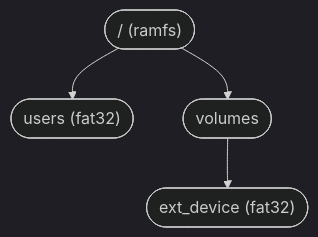
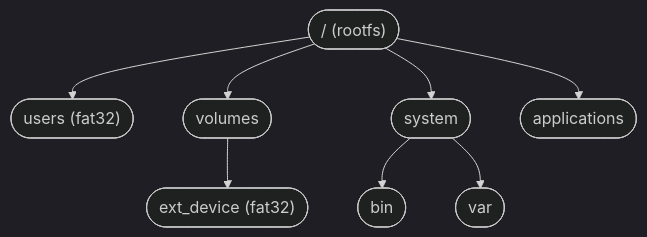
Before and after one commit to Ellicode/protOS-kernel: the diagram in VFS.md, drawn with Mermaid (dark theme). The commit also changed other lines of this file and 19 other files, not shown here.

````diff
--- a/VFS.md
+++ b/VFS.md
@@ -3,6 +3,10 @@
 ```mermaid
 flowchart
-    root(["/ (ramfs)"]) --> home(["users (fat32)"])
-    root --> mnt(["volumes"])
-    mnt --> ext1(["ext_device (fat32)"])
+    root(["/ (rootfs)"]) --> home(["users (fat32)"])
+    root --> volumes(["volumes"])
+    root --> system(["system"])
+    root --> applications(["applications"])
+    system --> bin(["bin"])
+    system --> var(["var"])
+    volumes --> ext1(["ext_device (fat32)"])
 ```
````
